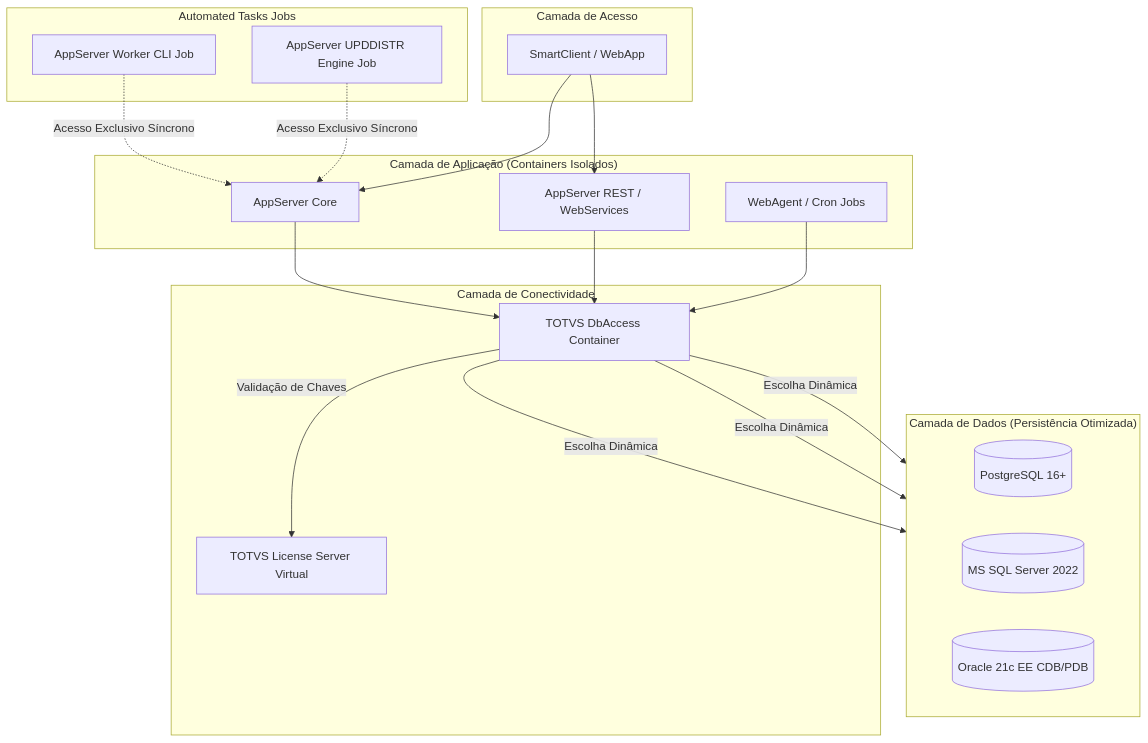
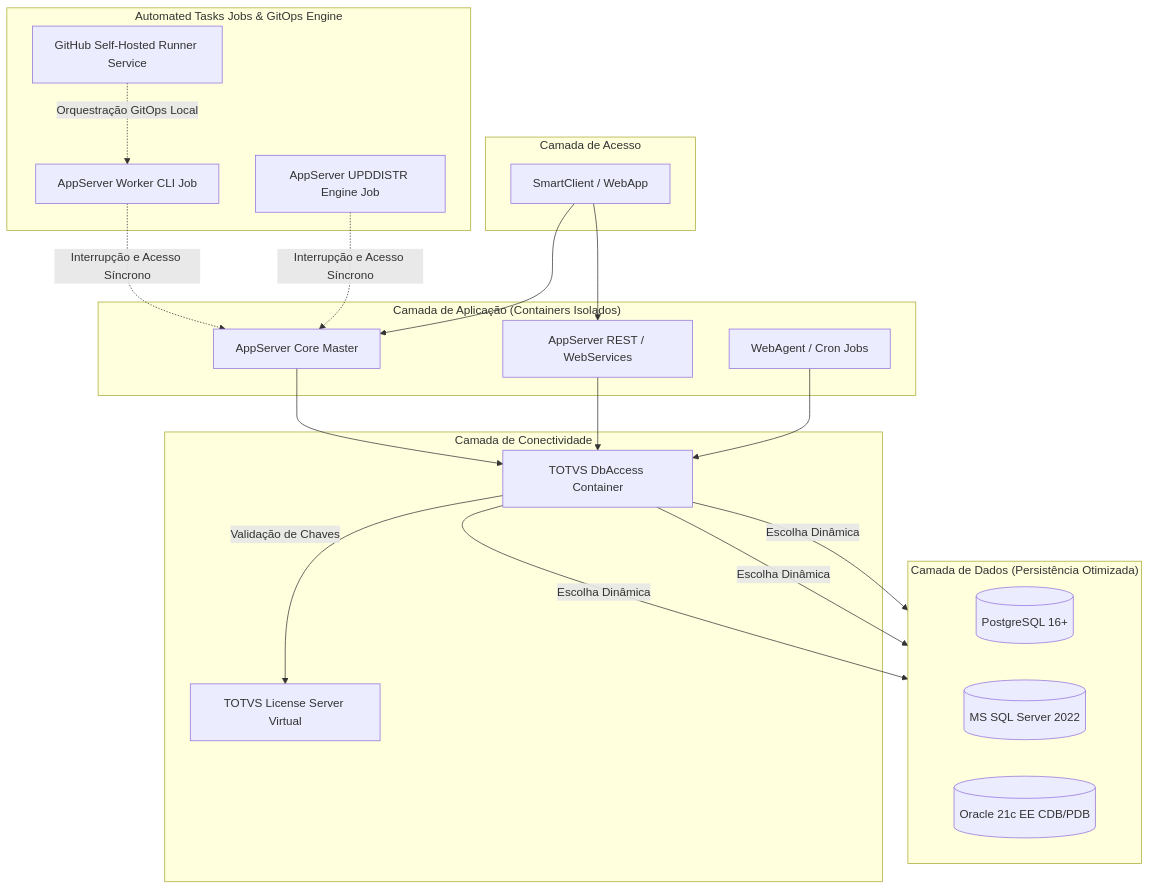
Before and after one commit to rodrigomicrosiga/totvs-protheus-modern-devops: the first of 2 diagrams in README.md, drawn with Mermaid. The commit also changed other lines of this file, not shown here.

````diff
--- a/README.md
+++ b/README.md
@@ -13,41 +13,43 @@
 ```mermaid
 graph TD
     subgraph Cliente ["Camada de Acesso"]
         SC[SmartClient / WebApp]
     end
 
     subgraph Core ["Camada de Aplicação (Containers Isolados)"]
-        APP[AppServer Core]
+        APP[AppServer Core Master]
         WR[AppServer REST / WebServices]
         WA[WebAgent / Cron Jobs]
     end
 
-    subgraph Automation ["Automated Tasks Jobs"]
+    subgraph Automation ["Automated Tasks Jobs & GitOps Engine"]
         WKR[AppServer Worker CLI Job]
         UPD[AppServer UPDDISTR Engine Job]
+        SHR[GitHub Self-Hosted Runner Service]
     end
 
     subgraph Integration ["Camada de Conectividade"]
         DBA[TOTVS DbAccess Container]
         LIC[TOTVS License Server Virtual]
     end
 
     subgraph Data ["Camada de Dados (Persistência Otimizada)"]
         direction LR
         PG[(PostgreSQL 16+)]
         MS[(MS SQL Server 2022)]
         OR[(Oracle 21c EE CDB/PDB)]
     end
 
     SC --> APP
     SC --> WR
-    WKR -.->|Acesso Exclusivo Síncrono| APP
-    UPD -.->|Acesso Exclusivo Síncrono| APP
+    WKR -.->|Interrupção e Acesso Síncrono| APP
+    UPD -.->|Interrupção e Acesso Síncrono| APP
+    SHR -.->|Orquestração GitOps Local| WKR
     APP --> DBA
     WR --> DBA
     WA --> DBA
     DBA -->|Validação de Chaves| LIC
     DBA -->|Escolha Dinâmica| PG
     DBA -->|Escolha Dinâmica| MS
     DBA -->|Escolha Dinâmica| OR
 ```
````
